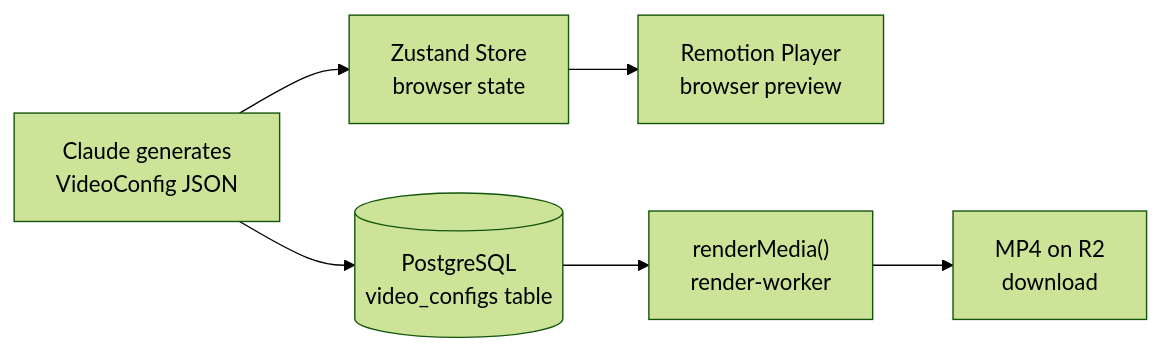
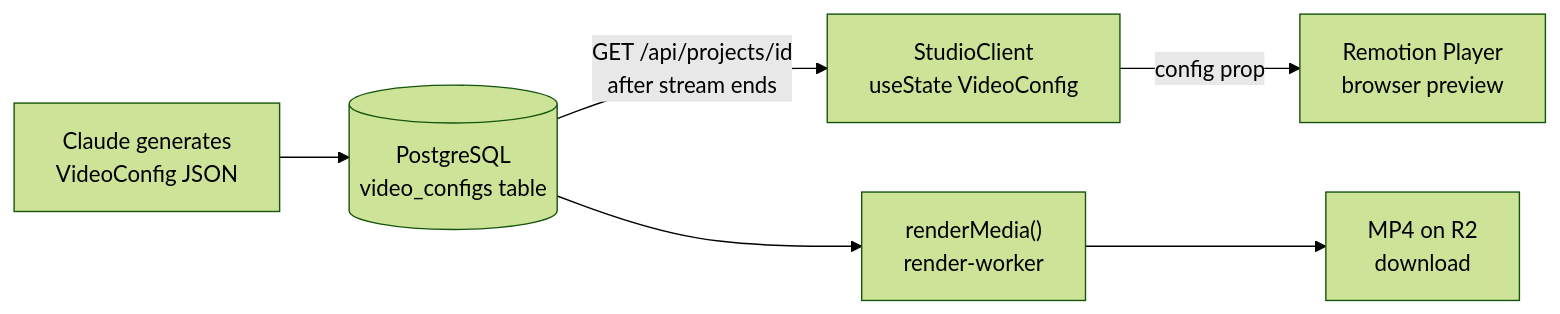
The fourth of 6 diagrams in docs/architecture.md (lokeswaran-aj/opencut), drawn with Mermaid (forest theme) before and after one commit. The commit also changed other lines of this file and 2 other files, not shown here.

````diff
--- a/docs/architecture.md
+++ b/docs/architecture.md
@@ -161,15 +164,15 @@
 ```mermaid
 flowchart LR
     AI["Claude generates<br/>VideoConfig JSON"]
     PG[("PostgreSQL<br/>video_configs table")]
-    ZS["Zustand Store<br/>browser state"]
+    SC["StudioClient<br/>useState VideoConfig"]
     RP["Remotion Player<br/>browser preview"]
     RW["renderMedia()<br/>render-worker"]
     MP4["MP4 on R2<br/>download"]
 
     AI --> PG
-    AI --> ZS
-    ZS --> RP
+    PG -->|"GET /api/projects/id<br/>after stream ends"| SC
+    SC -->|"config prop"| RP
     PG --> RW
     RW --> MP4
 ```
````
